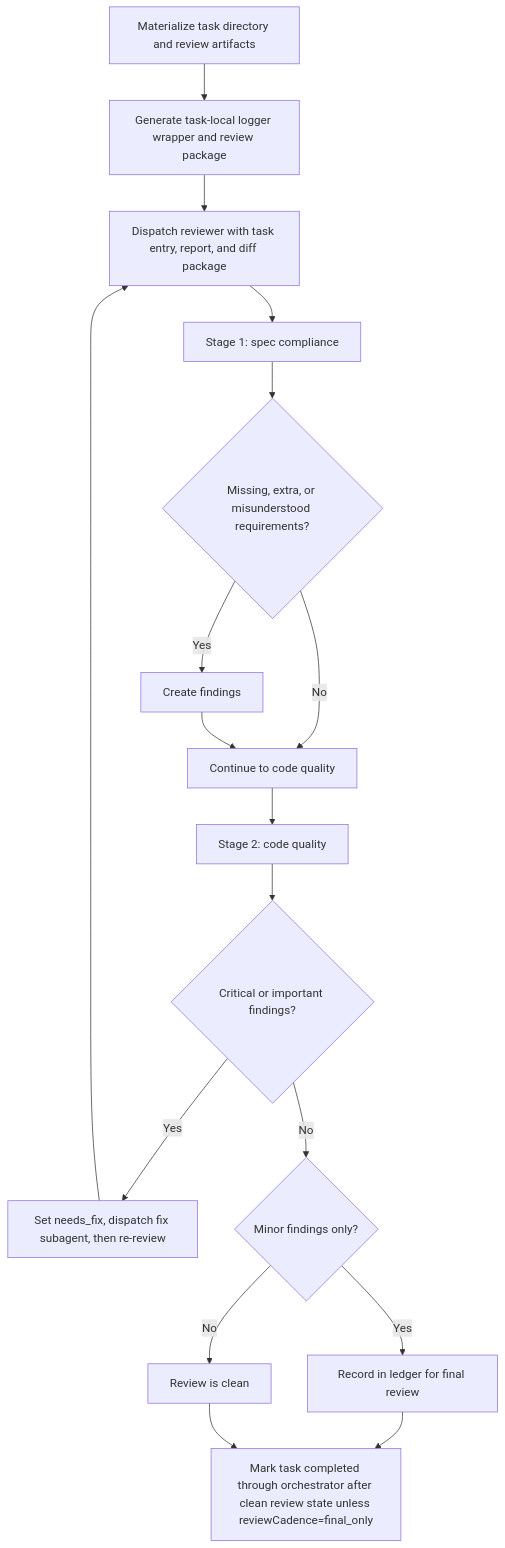
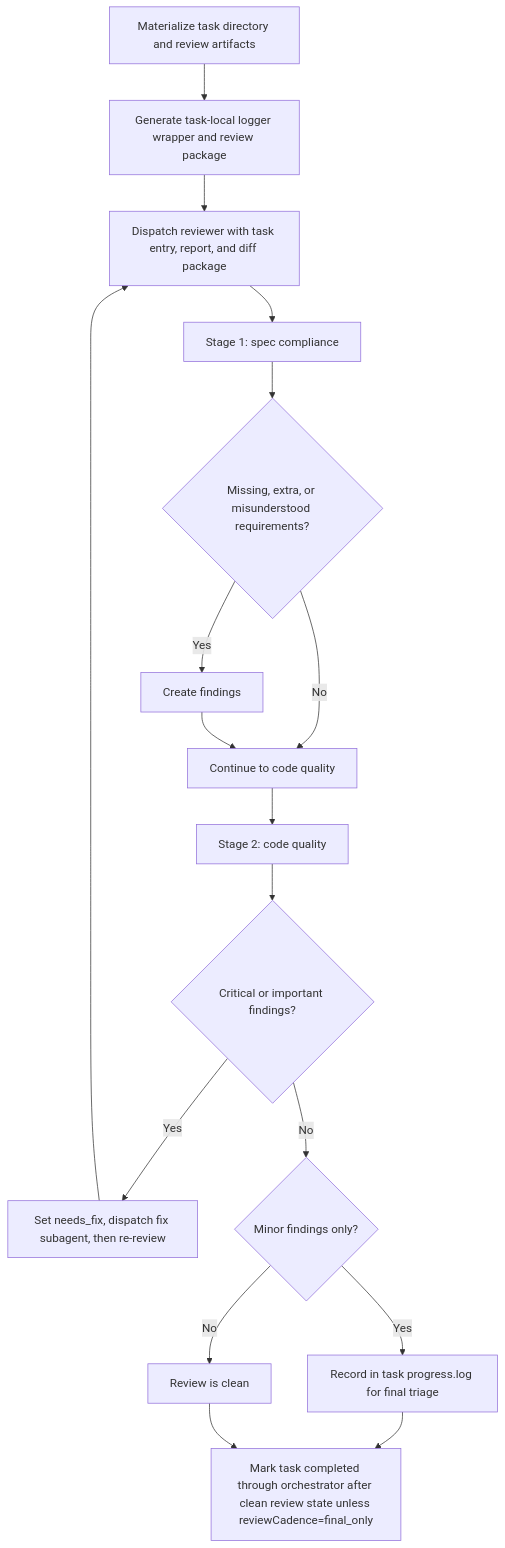
The eighth of 11 diagrams in super-planning/docs/AGENT-DECISION-FLOW.md (gugacarbo/agents-skills), drawn with Mermaid before and after one commit. The commit also changed other lines of this file and 23 other files, not shown here.

````diff
--- a/super-planning/docs/AGENT-DECISION-FLOW.md
+++ b/super-planning/docs/AGENT-DECISION-FLOW.md
@@ -189,19 +192,19 @@
 ```mermaid
 flowchart TD
     A["Materialize task directory and review artifacts"] --> B["Generate task-local logger wrapper and review package"]
     B --> C["Dispatch reviewer with task entry, report, and diff package"]
     C --> D["Stage 1: spec compliance"]
     D --> E{"Missing, extra, or misunderstood requirements?"}
     E -->|Yes| F["Create findings"]
     E -->|No| G["Continue to code quality"]
     F --> G
     G --> H["Stage 2: code quality"]
     H --> I{"Critical or important findings?"}
     I -->|Yes| J["Set needs_fix, dispatch fix subagent, then re-review"]
     I -->|No| K{"Minor findings only?"}
-    K -->|Yes| L["Record in ledger for final review"]
+    K -->|Yes| L["Record in task progress.log for final triage"]
     K -->|No| M["Review is clean"]
     J --> C
     L --> N["Mark task completed through orchestrator after clean review state unless reviewCadence=final_only"]
     M --> N
 ```
````
